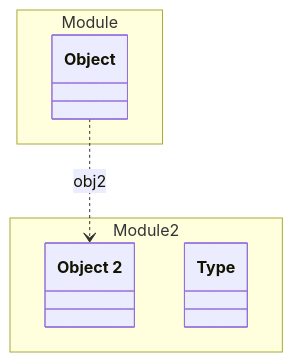
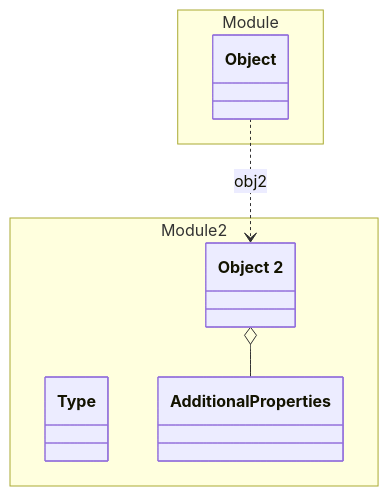
One commit to lizzyTheLizard/domain-schema-documentation changed the diagram in tests/java/expected/Module2/Object2.yaml.md. Above: the diagram before and after it, drawn with Mermaid. The commit also changed other lines of this file and 34 other files, not shown here.

Commit message:
Added additional properties

````diff
--- a/tests/java/expected/Module2/Object2.yaml.md
+++ b/tests/java/expected/Module2/Object2.yaml.md
@@ -4,14 +4,17 @@
 ```mermaid
 classDiagram
 namespace Module 2 {
   class _Module2_Object2_yaml["Object 2"]
   class Type["Type"]
+  class AdditionalProperties["AdditionalProperties"]
 }
 namespace Module {
   class _Module_Object_yaml["Object"]
 }
 _Module_Object_yaml ..> _Module2_Object2_yaml :obj2
+_Module2_Object2_yaml o-- AdditionalProperties 
 click _Module2_Object2_yaml href "./Object2.yaml.html" "Object 2"
 click Type href "./Object2.yaml.html" "Object 2"
+click AdditionalProperties href "./Object2.yaml.html" "Object 2"
 click _Module_Object_yaml href "../Module/Object.yaml.html" "Object"
 ```
````
